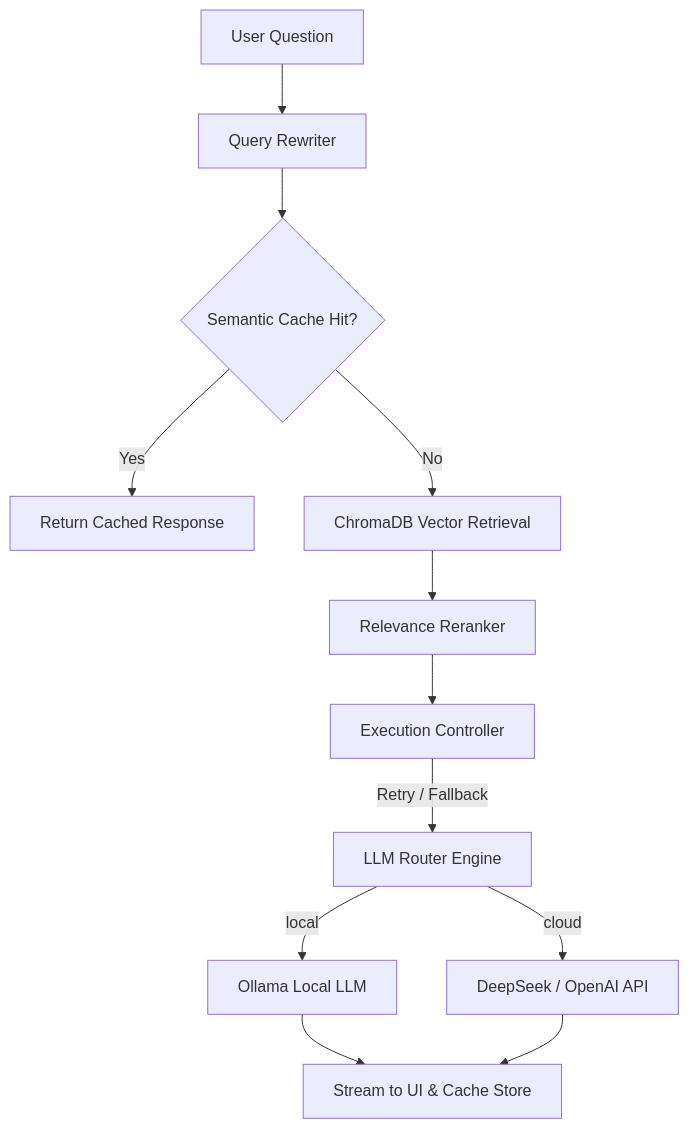
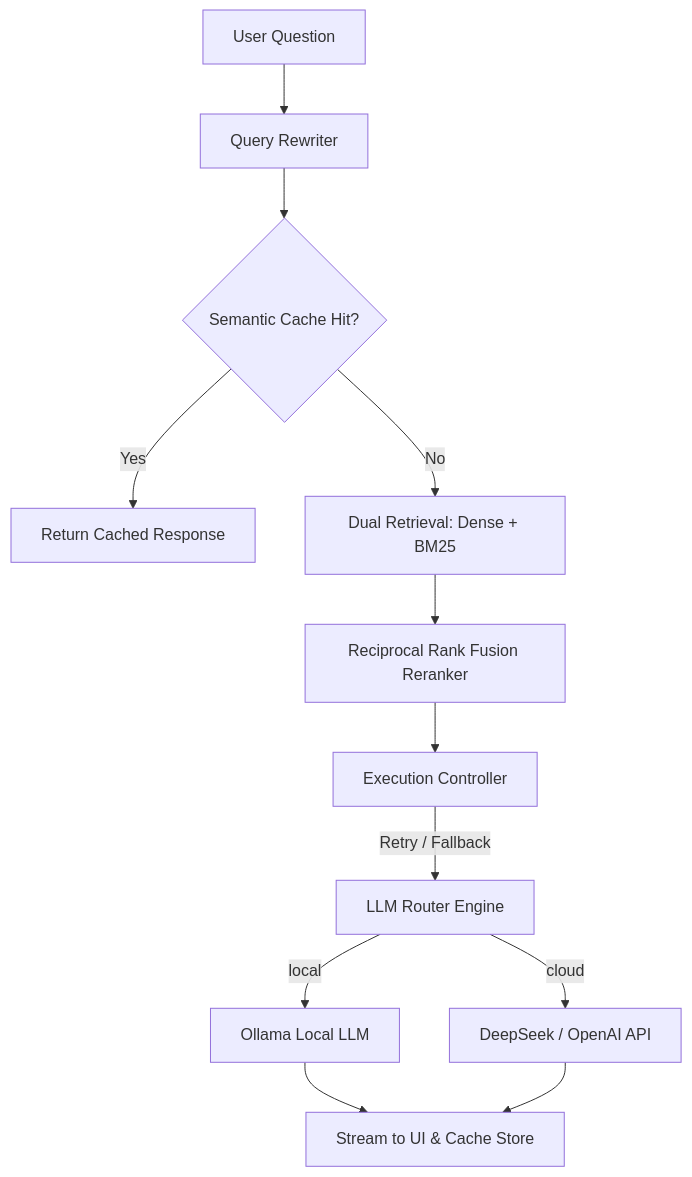
Before and after one commit to Hao610/AI-Model-Atlas: the diagram in projects/rag-app/README.md, drawn with Mermaid. The commit also changed other lines of this file and 9 other files, not shown here.

````diff
--- a/projects/rag-app/README.md
+++ b/projects/rag-app/README.md
@@ -13,18 +13,18 @@
 ```mermaid
 flowchart TD
     UserQuery[User Question] --> QueryRewriter[Query Rewriter]
     QueryRewriter --> SemanticCacheCheck{Semantic Cache Hit?}
     
     SemanticCacheCheck -->|Yes| InstantReturn[Return Cached Response]
-    SemanticCacheCheck -->|No| VectorSearch[ChromaDB Vector Retrieval]
+    SemanticCacheCheck -->|No| VectorSearch[Dual Retrieval: Dense + BM25]
     
-    VectorSearch --> Reranker[Relevance Reranker]
+    VectorSearch --> Reranker[Reciprocal Rank Fusion Reranker]
     Reranker --> ExecutionController[Execution Controller]
     
     ExecutionController -->|Retry / Fallback| LLMRouter[LLM Router Engine]
     LLMRouter -->|local| Ollama[Ollama Local LLM]
     LLMRouter -->|cloud| CloudAPI[DeepSeek / OpenAI API]
     
     Ollama --> StreamOutput[Stream to UI & Cache Store]
     CloudAPI --> StreamOutput
 ```
````
